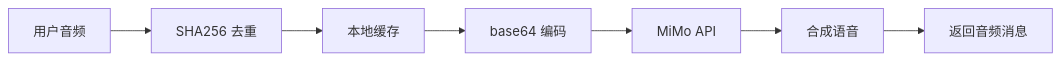
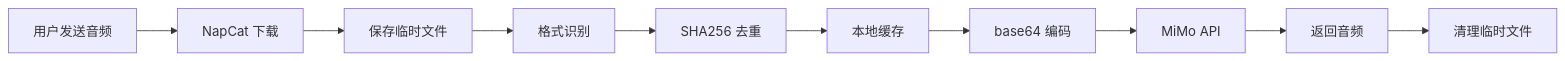
The diagram in README.md (Ayleovelle/astrbot_plugin_mimo_tts), drawn with Mermaid before and after one commit. The commit also changed other lines of this file, not shown here.

````diff
--- a/README.md
+++ b/README.md
@@ -119,9 +124,12 @@
 ```mermaid
 graph LR
-    A[用户音频] --> B[SHA256 去重]
-    B --> C[本地缓存]
-    C --> D[base64 编码]
-    D --> E[MiMo API]
-    E --> F[合成语音]
-    F --> G[返回音频消息]
+    A[用户发送音频] --> B[NapCat 下载]
+    B --> C[保存临时文件]
+    C --> D[格式识别]
+    D --> E[SHA256 去重]
+    E --> F[本地缓存]
+    F --> G[base64 编码]
+    G --> H[MiMo API]
+    H --> I[返回音频]
+    I --> J[清理临时文件]
 ```
````
